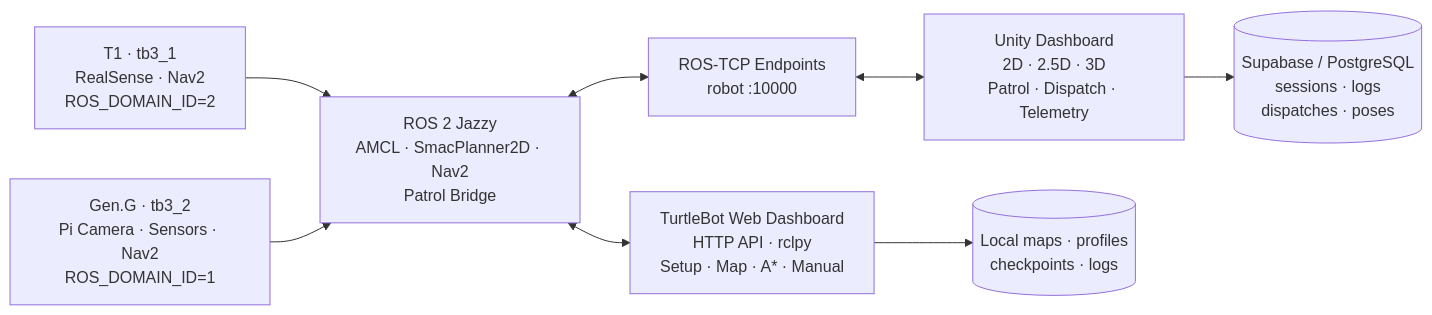
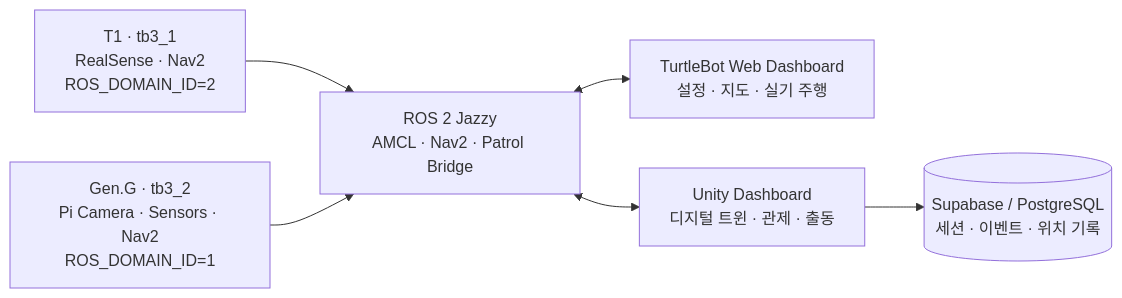
Before and after one commit to eduwing-robotics/ros2-ai-amr-repo2: the diagram in README.md, drawn with Mermaid. The commit also changed other lines of this file, not shown here.

````diff
--- a/README.md
+++ b/README.md
@@ -151,20 +65,15 @@
 ```mermaid
 flowchart LR
     T1["T1 · tb3_1<br/>RealSense · Nav2<br/>ROS_DOMAIN_ID=2"]
     G["Gen.G · tb3_2<br/>Pi Camera · Sensors · Nav2<br/>ROS_DOMAIN_ID=1"]
+    ROS["ROS 2 Jazzy<br/>AMCL · Nav2 · Patrol Bridge"]
+    WEB["TurtleBot Web Dashboard<br/>설정 · 지도 · 실기 주행"]
+    UNITY["Unity Dashboard<br/>디지털 트윈 · 관제 · 출동"]
+    DB[("Supabase / PostgreSQL<br/>세션 · 이벤트 · 위치 기록")]
 
-    NAV["ROS 2 Jazzy<br/>AMCL · SmacPlanner2D · Nav2<br/>Patrol Bridge"]
-    DASH["TurtleBot Web Dashboard<br/>HTTP API · rclpy<br/>Setup · Map · A* · Manual"]
-    TCP["ROS-TCP Endpoints<br/>robot :10000"]
-    UNITY["Unity Dashboard<br/>2D · 2.5D · 3D<br/>Patrol · Dispatch · Telemetry"]
-    LOCAL[("Local maps · profiles<br/>checkpoints · logs")]
-    DB[("Supabase / PostgreSQL<br/>sessions · logs<br/>dispatches · poses")]
-
-    T1 --> NAV
-    G --> NAV
-    NAV <--> DASH
-    NAV <--> TCP
-    TCP <--> UNITY
-    DASH --> LOCAL
+    T1 --> ROS
+    G --> ROS
+    ROS <--> WEB
+    ROS <--> UNITY
     UNITY --> DB
 ```
````
